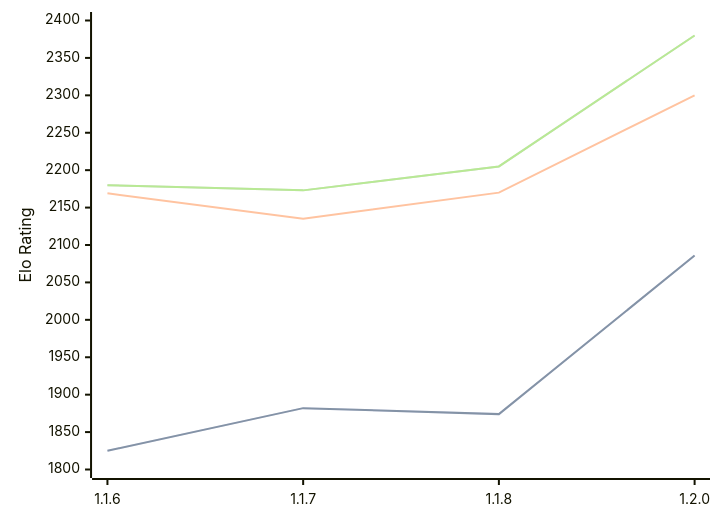
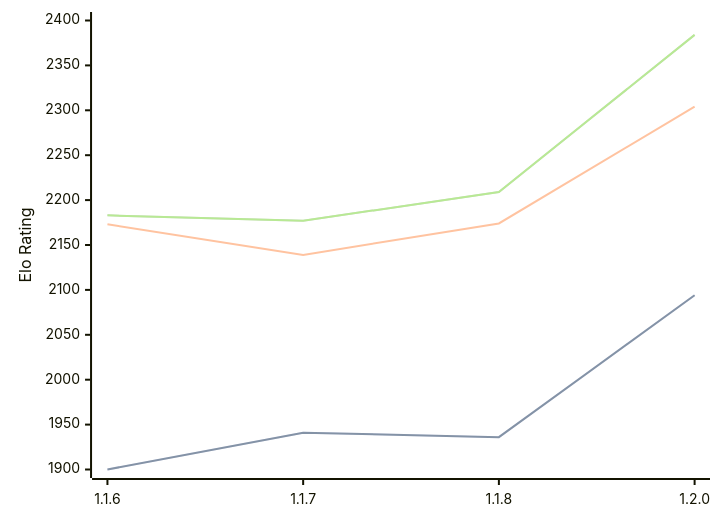
One commit to computer-chess-index/cci changed the diagram in engines/Soomi.md. Above: the diagram before and after it, drawn with Mermaid. The commit also changed other lines of this file, not shown here.

Commit message:
Update CCI Ratings (ELO VLTC) - 2026-02-24

````diff
--- a/engines/Soomi.md
+++ b/engines/Soomi.md
@@ -31,11 +31,11 @@
 ```mermaid
 %%{init: {"theme":"base","themeVariables":{"seriesColors:['#a3a3a3','#222221','#faa371']}}}%%
 xychart-beta
   x-axis ["1.1.6", "1.1.7", "1.1.8", "1.2.0"]
-  y-axis "Elo Rating" 1800 --> 2400
-  line "STC (8.0+0.08s)" [1825, 1882, 1874, 2086]
-  line "STC (8.0+0.08s)" [1825, 1882, 1874, 2086]
-  line "LTC (60.0+0.60s)" [2169, 2135, 2170, 2300]
-  line "VLTC (2m24s+1.12s)" [2180, 2173, 2205, 2380]
-  line "VLTC (2m24s+1.12s)" [2180, 2173, 2205, 2380]
+  y-axis "Elo Rating" 1900 --> 2400
+  line "STC (8.0+0.08s)" [1900, 1941, 1936, 2094]
+  line "STC (8.0+0.08s)" [1900, 1941, 1936, 2094]
+  line "LTC (60.0+0.60s)" [2173, 2139, 2174, 2304]
+  line "VLTC (2m24s+1.12s)" [2183, 2177, 2209, 2384]
+  line "VLTC (2m24s+1.12s)" [2183, 2177, 2209, 2384]
 ```
````
